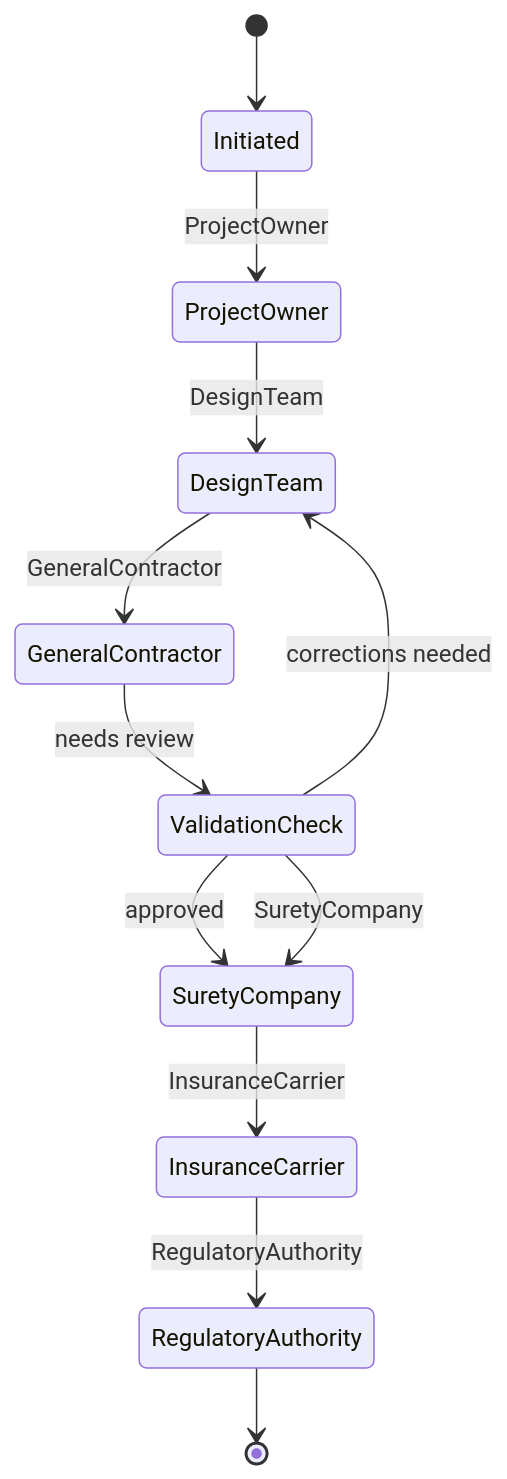
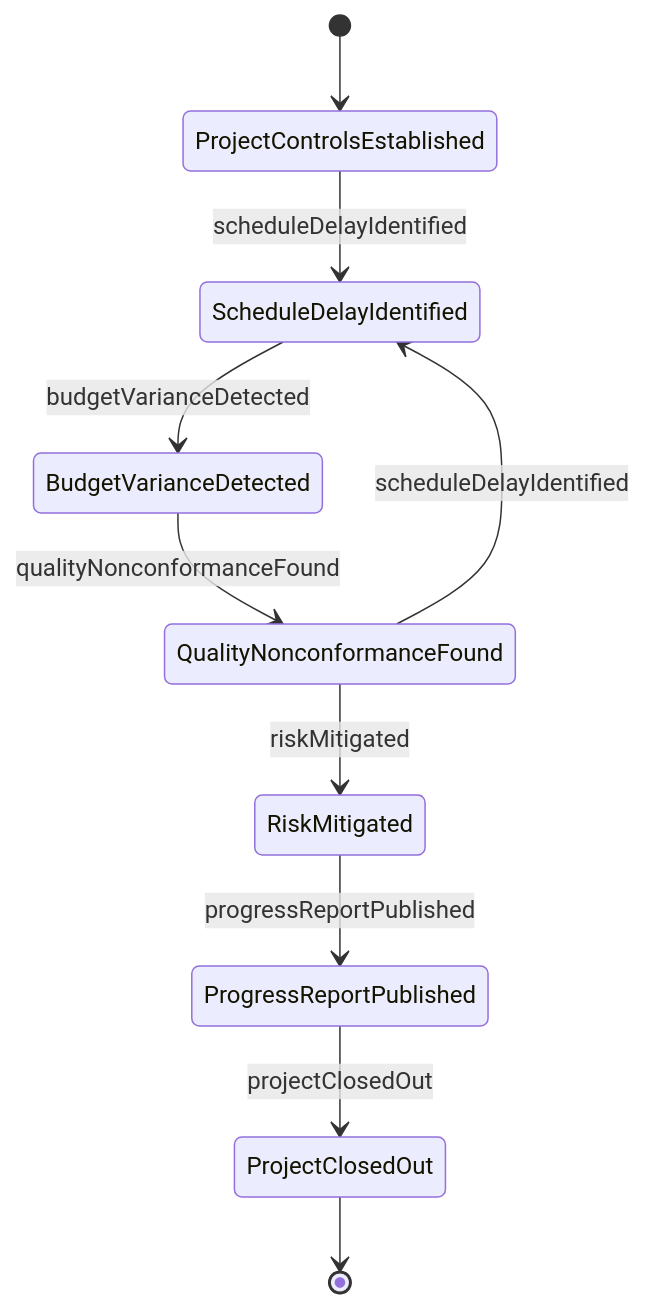
Before and after one commit to dot-org-ai/tasks.org.ai: the second of 4 diagrams in GuidingDirectingAndMotivatingSubordinates/DirectConstructionOrExtractionActivities/ManageConstructionActivities.mdx, drawn with Mermaid. The commit also changed other lines of this file and 515 other files, not shown here.

````diff
--- a/GuidingDirectingAndMotivatingSubordinates/DirectConstructionOrExtractionActivities/ManageConstructionActivities.mdx
+++ b/GuidingDirectingAndMotivatingSubordinates/DirectConstructionOrExtractionActivities/ManageConstructionActivities.mdx
@@ -102,14 +101,12 @@
 ```mermaid
 stateDiagram-v2
-    [*] --> Initiated
-    Initiated --> ProjectOwner: ProjectOwner
-    ProjectOwner --> DesignTeam: DesignTeam
-    DesignTeam --> GeneralContractor: GeneralContractor
-    GeneralContractor --> ValidationCheck: needs review
-    ValidationCheck --> DesignTeam: corrections needed
-    ValidationCheck --> SuretyCompany: approved
-    ValidationCheck --> SuretyCompany: SuretyCompany
-    SuretyCompany --> InsuranceCarrier: InsuranceCarrier
-    InsuranceCarrier --> RegulatoryAuthority: RegulatoryAuthority
-    RegulatoryAuthority --> [*]
+    [*] --> ProjectControlsEstablished
+    ProjectControlsEstablished --> ScheduleDelayIdentified : scheduleDelayIdentified
+    ScheduleDelayIdentified --> BudgetVarianceDetected : budgetVarianceDetected
+    BudgetVarianceDetected --> QualityNonconformanceFound : qualityNonconformanceFound
+    QualityNonconformanceFound --> RiskMitigated : riskMitigated
+    RiskMitigated --> ProgressReportPublished : progressReportPublished
+    ProgressReportPublished --> ProjectClosedOut : projectClosedOut
+    QualityNonconformanceFound --> ScheduleDelayIdentified : scheduleDelayIdentified
+    ProjectClosedOut --> [*]
 ```
````
